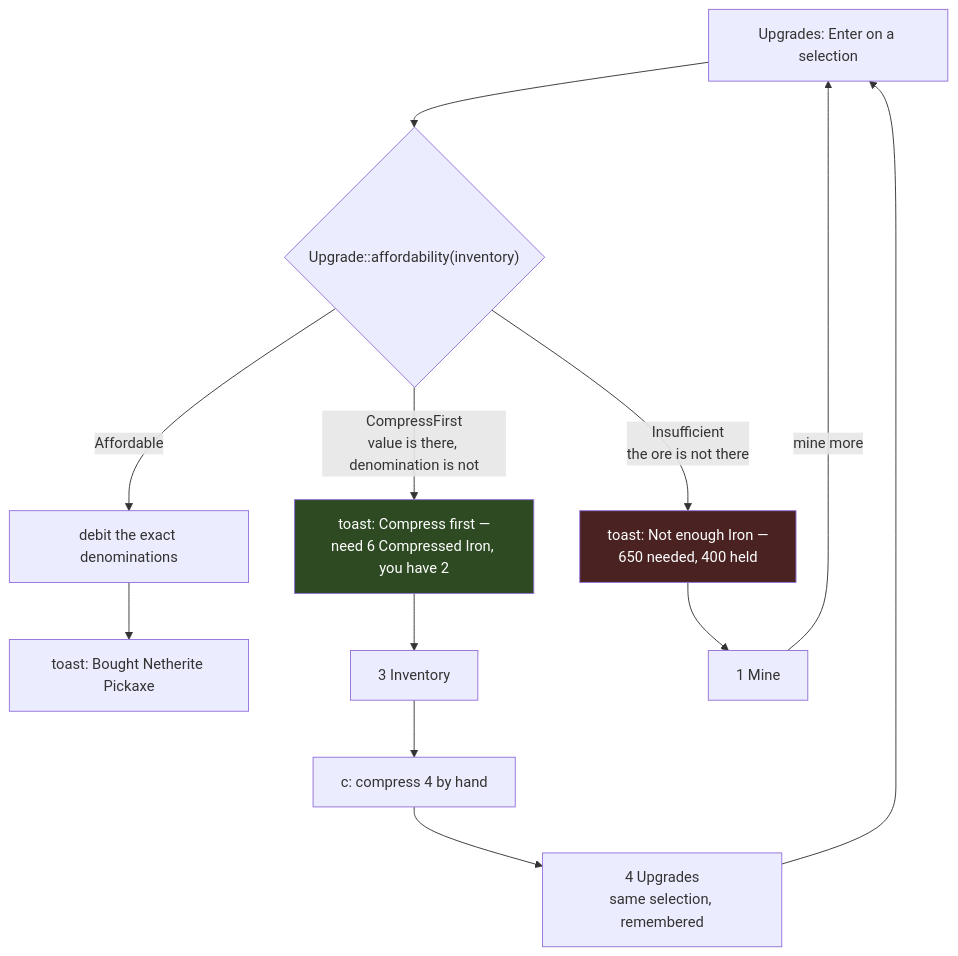
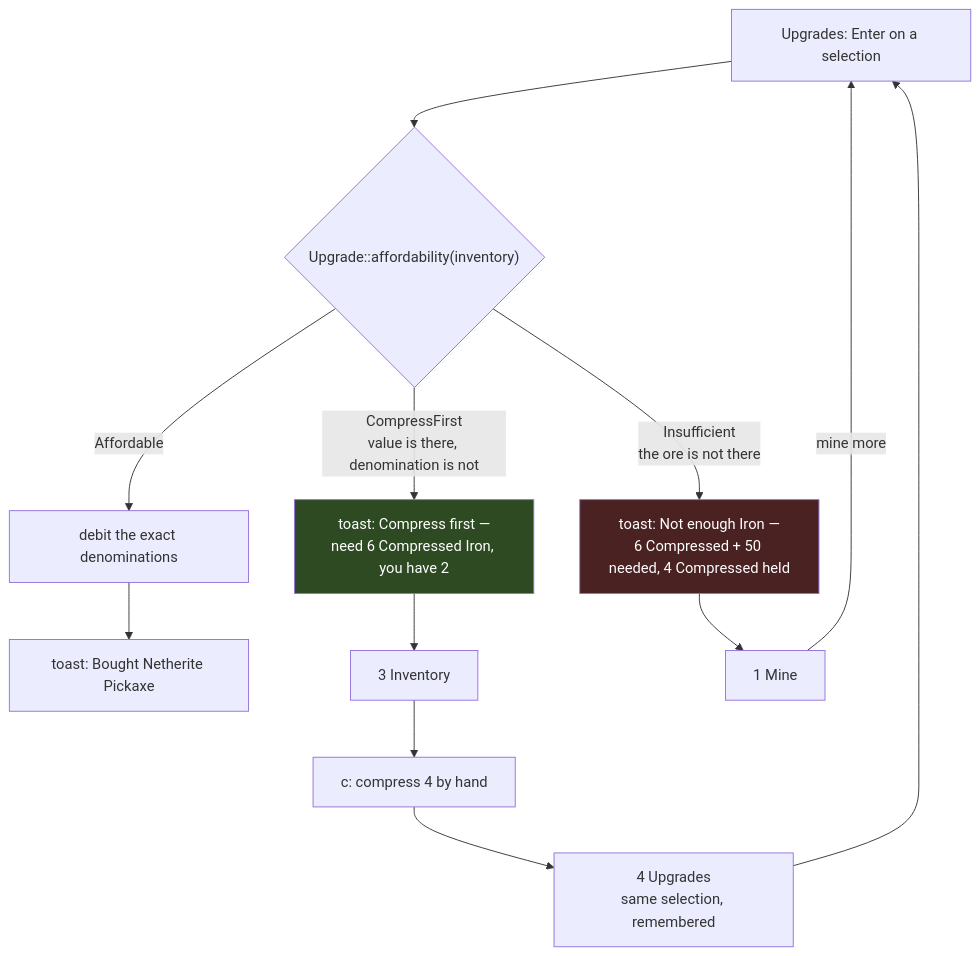
The fourth of 4 diagrams in docs/UI.md (Enoal-Fauchille-Bolle/Skylode), drawn with Mermaid before and after one commit. The commit also changed other lines of this file, not shown here.

````diff
--- a/docs/UI.md
+++ b/docs/UI.md
@@ -1322,21 +1357,21 @@
 ```mermaid
 flowchart TD
     A["Upgrades: Enter on a selection"] --> B{"Upgrade::affordability(inventory)"}
 
     B -- "Affordable" --> C["debit the exact denominations"]
     C --> D["toast: Bought Netherite Pickaxe"]
 
     B -- "CompressFirst<br/>value is there, denomination is not" --> E["toast: Compress first —<br/>need 6 Compressed Iron, you have 2"]
-    B -- "Insufficient<br/>the ore is not there" --> F["toast: Not enough Iron —<br/>650 needed, 400 held"]
+    B -- "Insufficient<br/>the ore is not there" --> F["toast: Not enough Iron —<br/>6 Compressed + 50 needed, 4 Compressed held"]
 
     E --> G["3 Inventory"]
     G --> H["c: compress 4 by hand"]
     H --> I["4 Upgrades<br/>same selection, remembered"]
     I --> A
 
     F --> J["1 Mine"]
     J -- "mine more" --> A
 
     style E fill:#2d4a22,color:#fff
     style F fill:#4a2222,color:#fff
 ```
````
